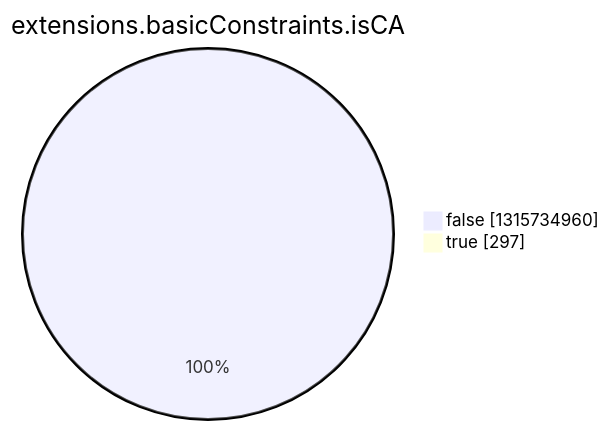
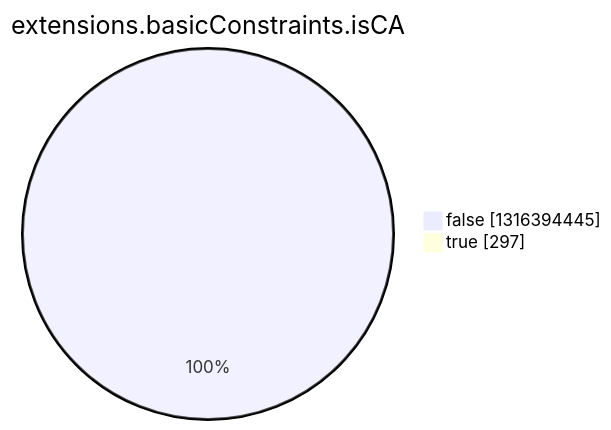
The eighth of 15 diagrams in argon2022/README.md (christiankrug/ctmonitor_visualization), drawn with Mermaid before and after one commit. The commit also changed other lines of this file, not shown here.

````diff
--- a/argon2022/README.md
+++ b/argon2022/README.md
@@ -2758,6 +2758,6 @@
 ```mermaid
 pie showData
 title extensions.basicConstraints.isCA
-"false" :1315734960
+"false" :1316394445
 "true" :297
 ```
````
